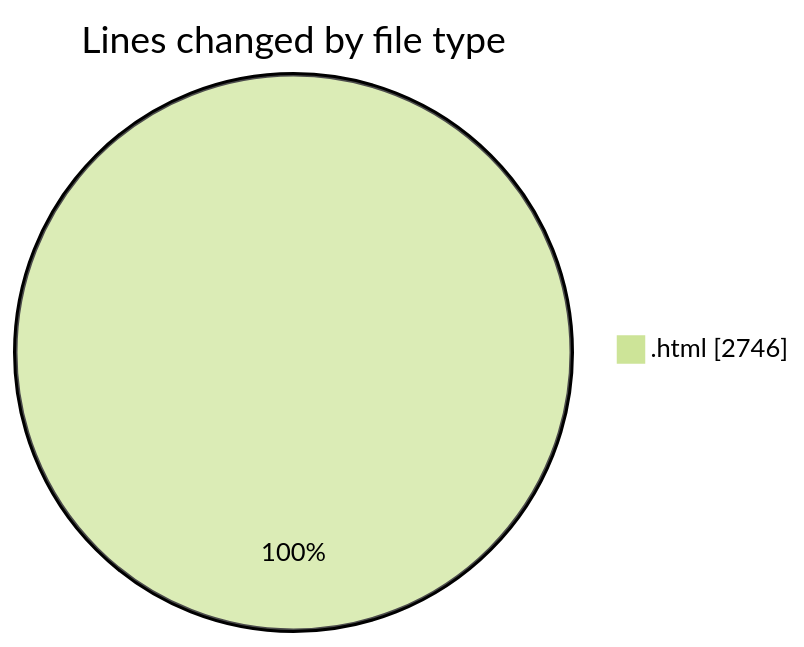
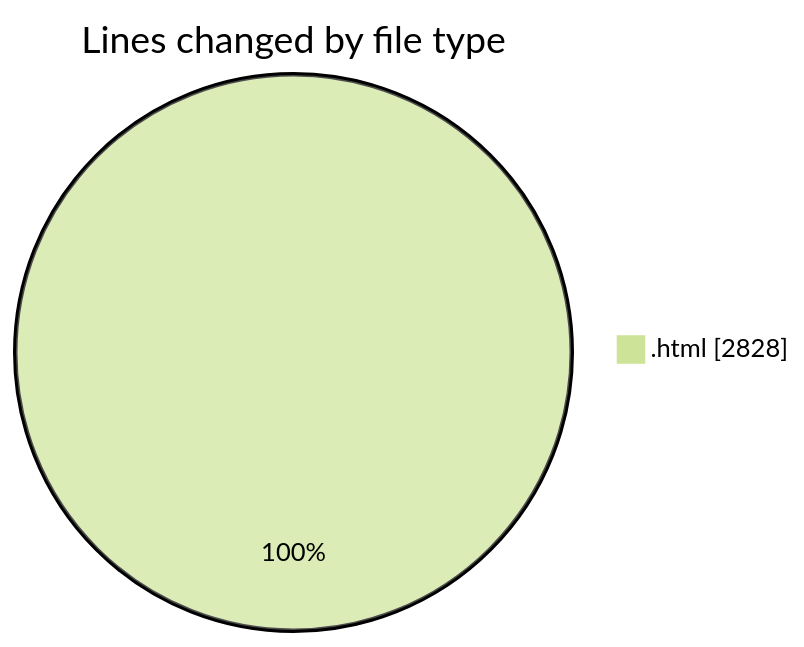
One commit to Ritupan-Deka/code-tracking changed the first of 2 diagrams in 2025-02-15/0starter_files/README.md. Above: the diagram before and after it, drawn with Mermaid (forest theme). The commit also changed other lines of this file and 1 other file, not shown here.

````diff
--- a/2025-02-15/0starter_files/README.md
+++ b/2025-02-15/0starter_files/README.md
@@ -20,5 +20,5 @@
 ```mermaid
 pie showData
 title Lines changed by file type
-".html" : 2746
+".html" : 2828
 ```
````
